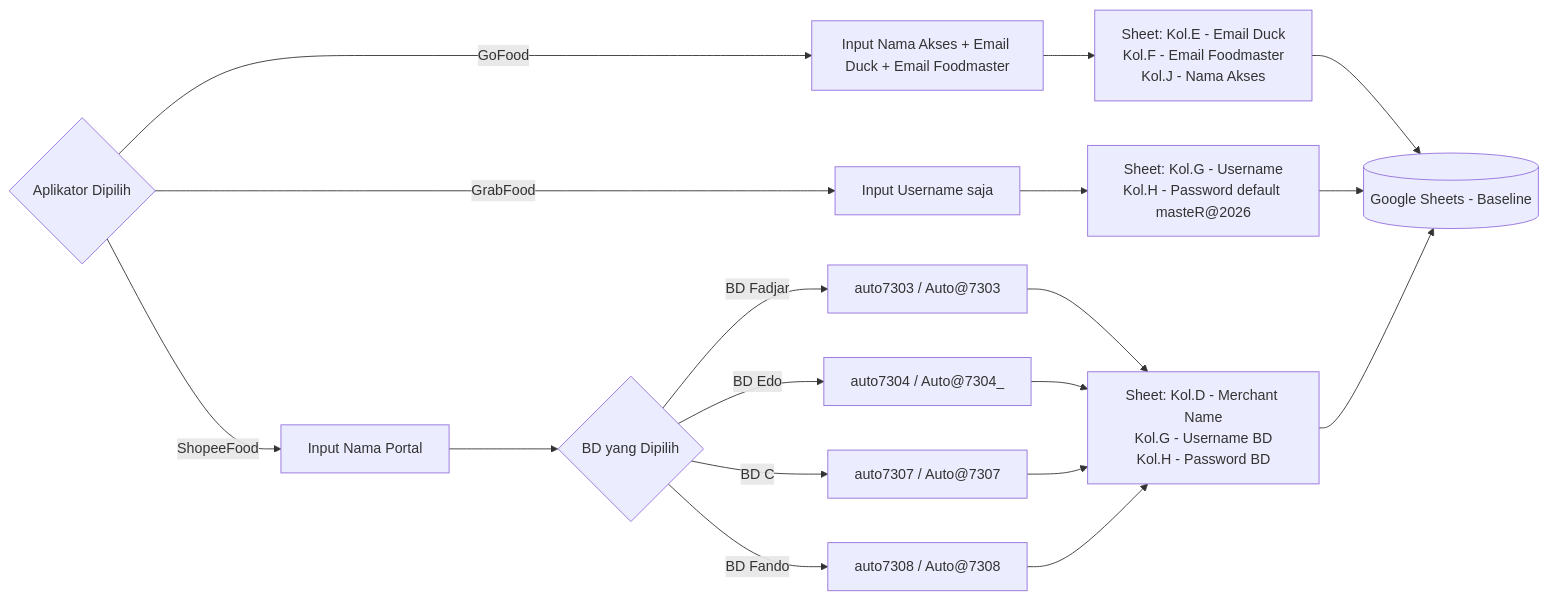
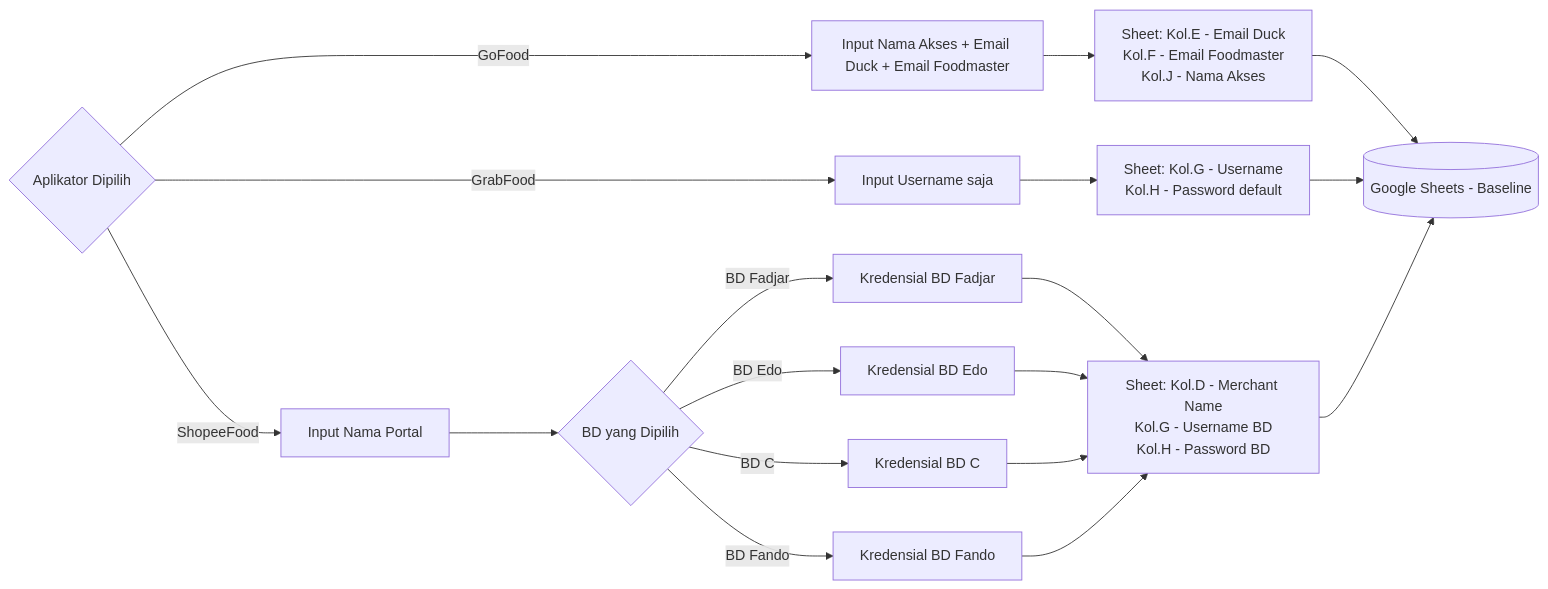
One commit to superfoodtechid/webform-elevate changed the second of 3 diagrams in README.md. Above: the diagram before and after it, drawn with Mermaid. The commit also changed other lines of this file, not shown here.

Commit message:
docs: remove explicit credentials from README

````diff
--- a/README.md
+++ b/README.md
@@ -35,25 +35,25 @@
 ```mermaid
 flowchart LR
     APP{Aplikator Dipilih}
 
     APP -- GoFood --> GF[Input Nama Akses + Email Duck + Email Foodmaster]
     GF --> GF_OUT["Sheet: Kol.E - Email Duck\nKol.F - Email Foodmaster\nKol.J - Nama Akses"]
 
     APP -- GrabFood --> GR[Input Username saja]
-    GR --> GR_OUT["Sheet: Kol.G - Username\nKol.H - Password default masteR@2026"]
+    GR --> GR_OUT["Sheet: Kol.G - Username\nKol.H - Password default"]
 
     APP -- ShopeeFood --> SH[Input Nama Portal]
     SH --> BD{BD yang Dipilih}
-    BD -- BD Fadjar --> SH_A[auto7303 / Auto@7303]
-    BD -- BD Edo --> SH_B[auto7304 / Auto@7304_]
-    BD -- BD C --> SH_C[auto7307 / Auto@7307]
-    BD -- BD Fando --> SH_D[auto7308 / Auto@7308]
+    BD -- BD Fadjar --> SH_A[Kredensial BD Fadjar]
+    BD -- BD Edo --> SH_B[Kredensial BD Edo]
+    BD -- BD C --> SH_C[Kredensial BD C]
+    BD -- BD Fando --> SH_D[Kredensial BD Fando]
     SH_A --> SH_OUT["Sheet: Kol.D - Merchant Name\nKol.G - Username BD\nKol.H - Password BD"]
     SH_B --> SH_OUT
     SH_C --> SH_OUT
     SH_D --> SH_OUT
 
     GF_OUT --> SHEET[(Google Sheets - Baseline)]
     GR_OUT --> SHEET
     SH_OUT --> SHEET
 ```
````
